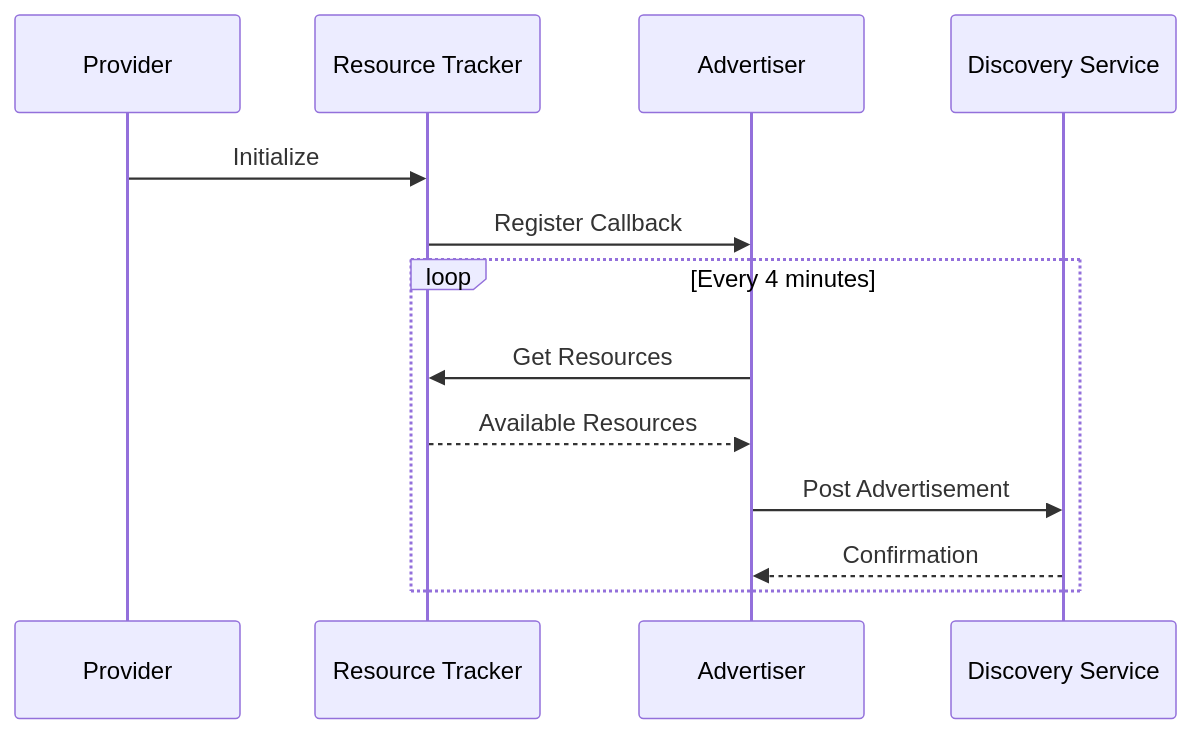
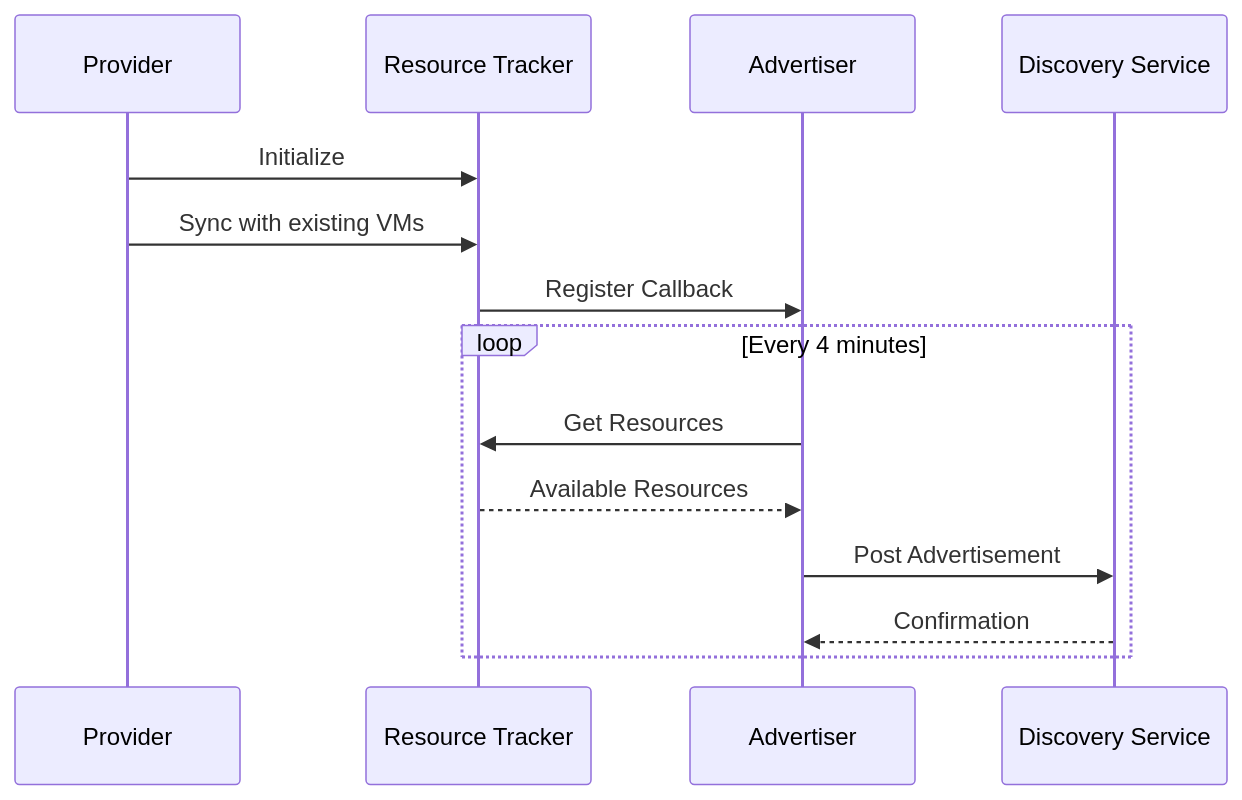
Before and after one commit to cryptobench/vm-on-golem: the sixth of 6 diagrams in provider-server/README.md, drawn with Mermaid. The commit also changed other lines of this file and 4 other files, not shown here.

````diff
--- a/provider-server/README.md
+++ b/provider-server/README.md
@@ -460,16 +460,17 @@
 ```mermaid
 sequenceDiagram
     participant P as Provider
     participant RT as Resource Tracker
     participant AD as Advertiser
     participant DS as Discovery Service
 
     P->>RT: Initialize
+    P->>RT: Sync with existing VMs
     RT->>AD: Register Callback
     loop Every 4 minutes
         AD->>RT: Get Resources
         RT-->>AD: Available Resources
         AD->>DS: Post Advertisement
         DS-->>AD: Confirmation
     end
 ```
````
